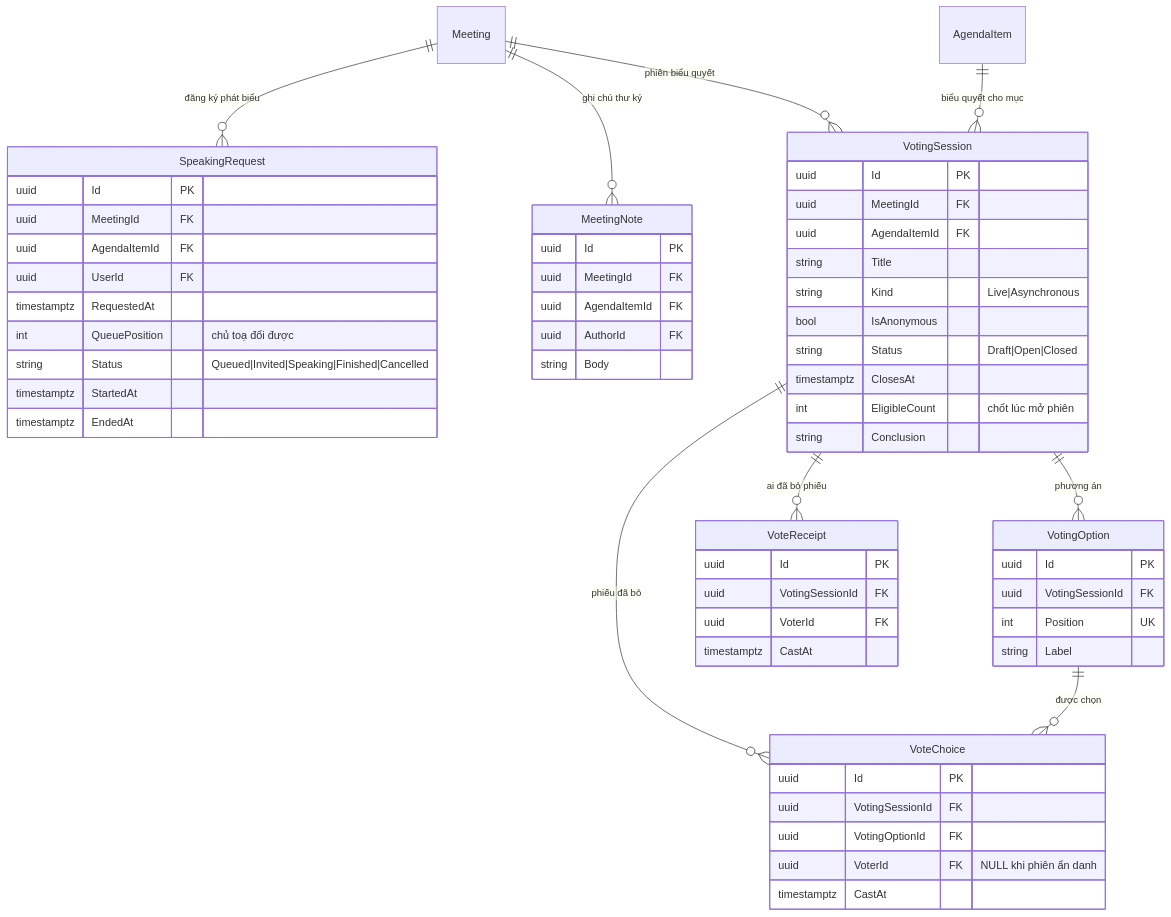
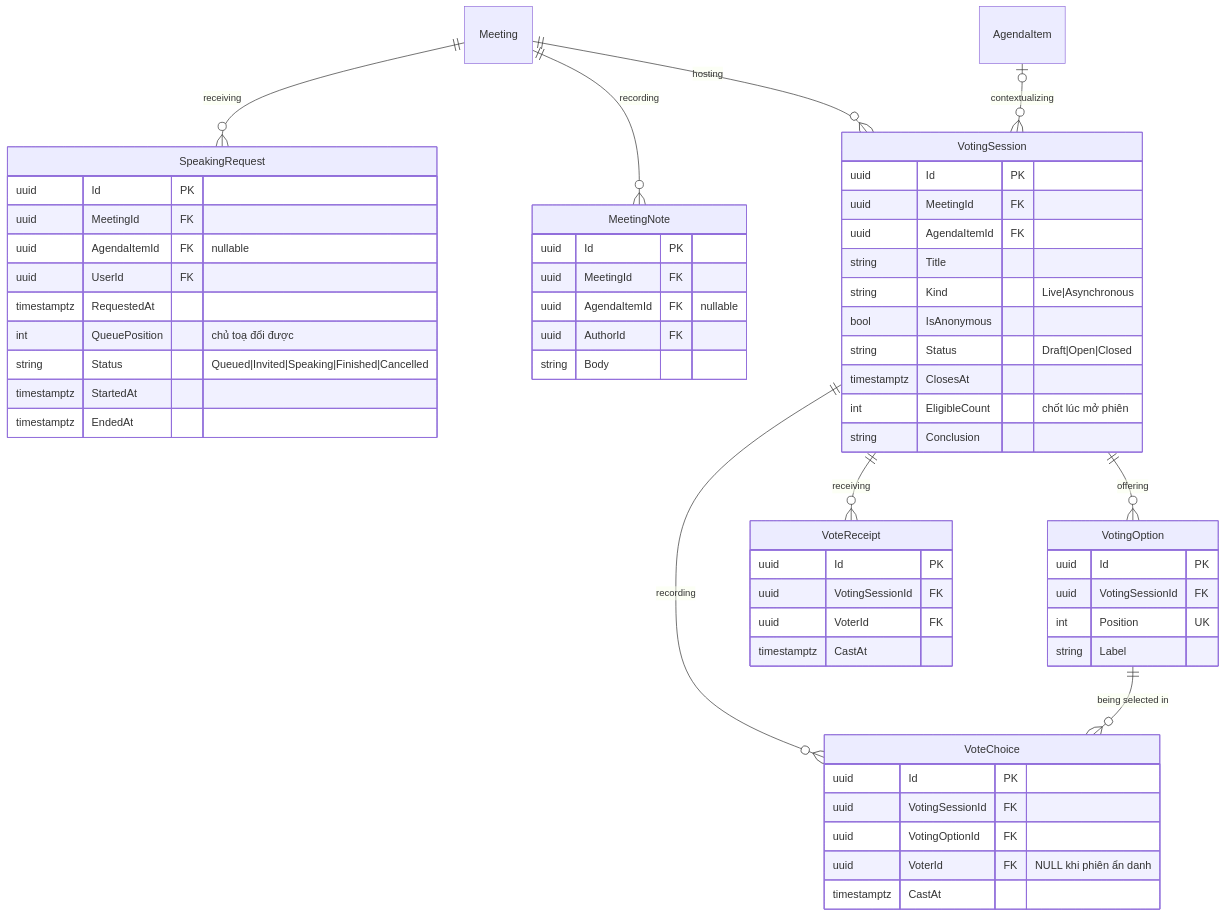
One commit to callmehai/FU-FA26-G116 changed the third of 6 diagrams in docs/02-design/02-erd.md. Above: the diagram before and after it, drawn with Mermaid. The commit also changed other lines of this file and 3 other files, not shown here.

First line of the commit message:
[Doc]: Đồng bộ tài liệu ERD 30 thực thể, cập nhật đặc tả UC và Sequence Diagram UC-21

````diff
--- a/docs/02-design/02-erd.md
+++ b/docs/02-design/02-erd.md
@@ -182,61 +244,61 @@
 ```mermaid
 erDiagram
-    Meeting ||--o{ SpeakingRequest : "đăng ký phát biểu"
-    Meeting ||--o{ MeetingNote : "ghi chú thư ký"
-    Meeting ||--o{ VotingSession : "phiên biểu quyết"
-    AgendaItem ||--o{ VotingSession : "biểu quyết cho mục"
-    VotingSession ||--o{ VotingOption : "phương án"
-    VotingSession ||--o{ VoteReceipt : "ai đã bỏ phiếu"
-    VotingSession ||--o{ VoteChoice : "phiếu đã bỏ"
-    VotingOption ||--o{ VoteChoice : "được chọn"
+    Meeting ||--o{ SpeakingRequest : "receiving"
+    Meeting ||--o{ MeetingNote : "recording"
+    Meeting ||--o{ VotingSession : "hosting"
+    AgendaItem o|--o{ VotingSession : "contextualizing"
+    VotingSession ||--o{ VotingOption : "offering"
+    VotingSession ||--o{ VoteReceipt : "receiving"
+    VotingSession ||--o{ VoteChoice : "recording"
+    VotingOption ||--o{ VoteChoice : "being selected in"
 
     SpeakingRequest {
         uuid Id PK
         uuid MeetingId FK
-        uuid AgendaItemId FK
+        uuid AgendaItemId FK "nullable"
         uuid UserId FK
         timestamptz RequestedAt
         int QueuePosition "chủ toạ đổi được"
         string Status "Queued|Invited|Speaking|Finished|Cancelled"
         timestamptz StartedAt
         timestamptz EndedAt
     }
     MeetingNote {
         uuid Id PK
         uuid MeetingId FK
-        uuid AgendaItemId FK
+        uuid AgendaItemId FK "nullable"
         uuid AuthorId FK
         string Body
     }
     VotingSession {
         uuid Id PK
         uuid MeetingId FK
         uuid AgendaItemId FK
         string Title
         string Kind "Live|Asynchronous"
         bool IsAnonymous
         string Status "Draft|Open|Closed"
         timestamptz ClosesAt
         int EligibleCount "chốt lúc mở phiên"
         string Conclusion
     }
     VotingOption {
         uuid Id PK
         uuid VotingSessionId FK
         int Position UK
         string Label
     }
     VoteReceipt {
         uuid Id PK
         uuid VotingSessionId FK
         uuid VoterId FK
         timestamptz CastAt
     }
     VoteChoice {
         uuid Id PK
         uuid VotingSessionId FK
         uuid VotingOptionId FK
         uuid VoterId FK "NULL khi phiên ẩn danh"
         timestamptz CastAt
     }
 ```
````
